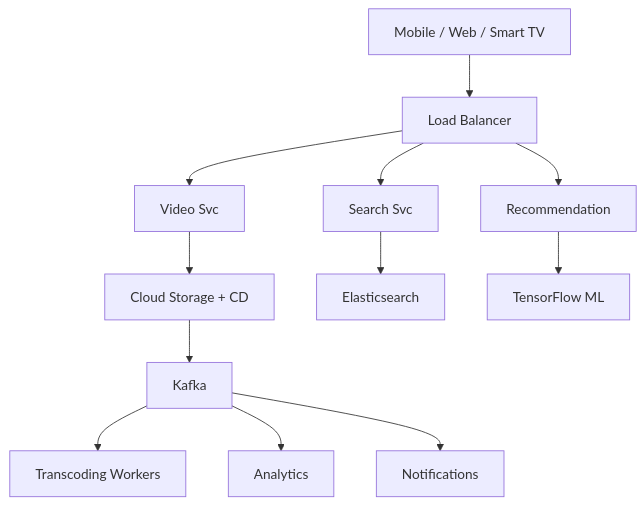
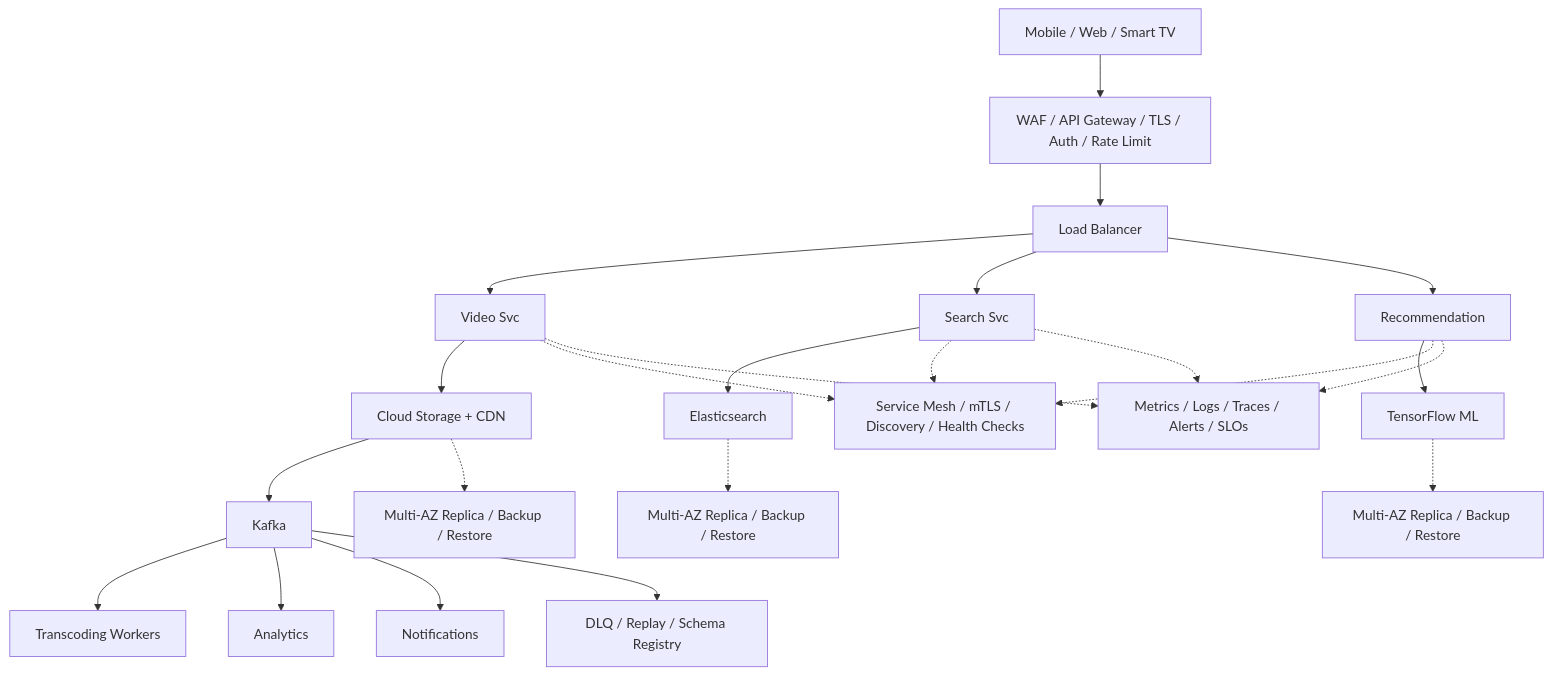
Before and after one commit to aishwary11/system-design: the diagram in system-design-youtube.md, drawn with Mermaid. The commit also changed 31 other files, not shown here.

Commit message:
Add production-grade architecture details

````diff
--- a/system-design-youtube.md
+++ b/system-design-youtube.md
@@ -40,14 +40,25 @@
 ```mermaid
 flowchart TB
-    clients["Mobile / Web / Smart TV"] --> lb["Load Balancer"]
+    clients["Mobile / Web / Smart TV"] --> edge["WAF / API Gateway / TLS / Auth / Rate Limit"]
+    edge --> lb["Load Balancer"]
     lb --> svc0["Video Svc"]
     lb --> svc1["Search Svc"]
     lb --> svc2["Recommendation"]
-    svc0 --> store0["Cloud Storage + CD"]
+    svc0 --> store0["Cloud Storage + CDN"]
     svc1 --> store1["Elasticsearch"]
     svc2 --> store2["TensorFlow ML"]
     store0 --> stream["Kafka"]
     stream --> worker0["Transcoding Workers"]
     stream --> worker1["Analytics"]
     stream --> worker2["Notifications"]
+    svc0 -.-> platform["Service Mesh / mTLS / Discovery / Health Checks"]
+    svc1 -.-> platform
+    svc2 -.-> platform
+    store0 -.-> backup0["Multi-AZ Replica / Backup / Restore"]
+    store1 -.-> backup1["Multi-AZ Replica / Backup / Restore"]
+    store2 -.-> backup2["Multi-AZ Replica / Backup / Restore"]
+    stream --> dlq["DLQ / Replay / Schema Registry"]
+    svc0 -.-> ops["Metrics / Logs / Traces / Alerts / SLOs"]
+    svc1 -.-> ops
+    svc2 -.-> ops
 ```
````
